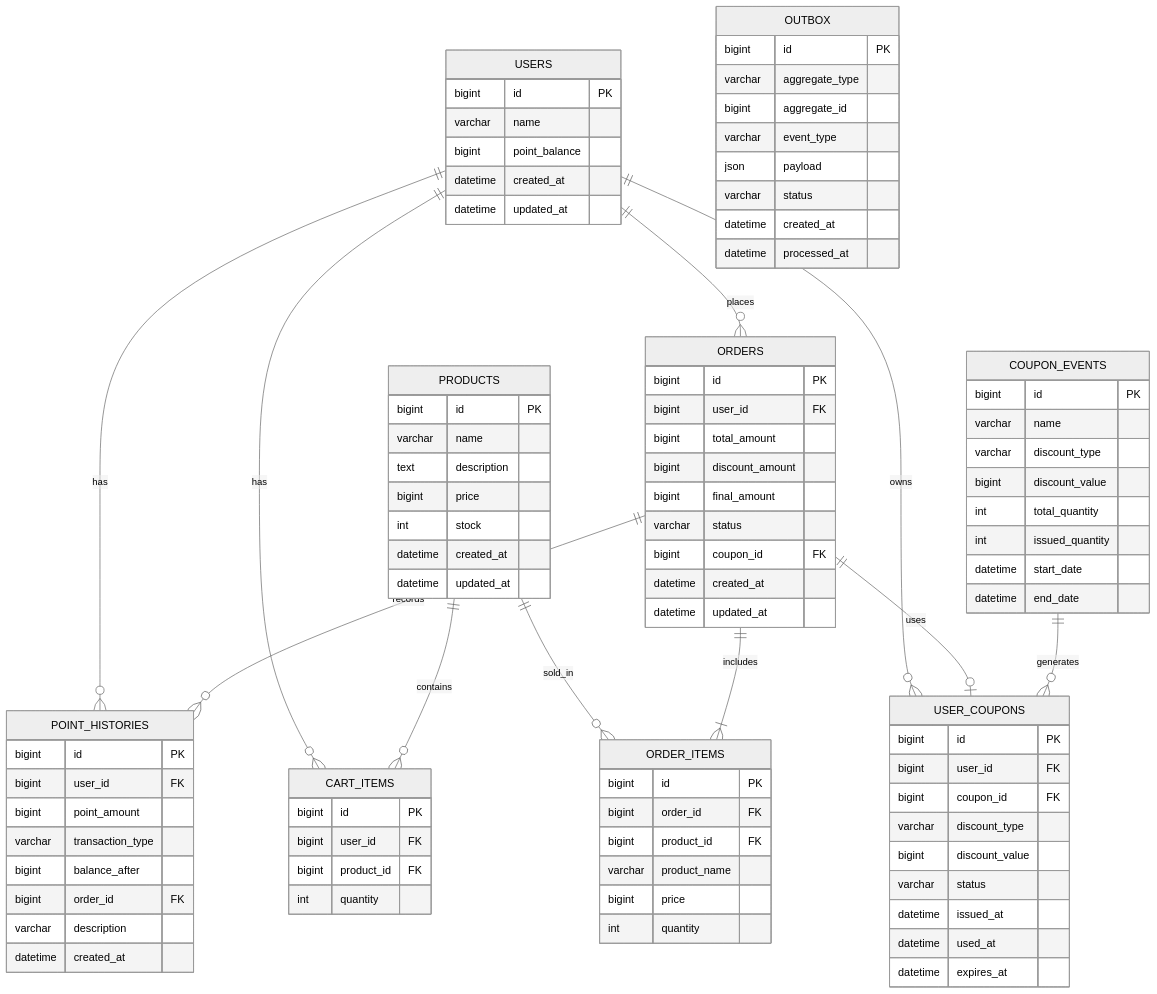
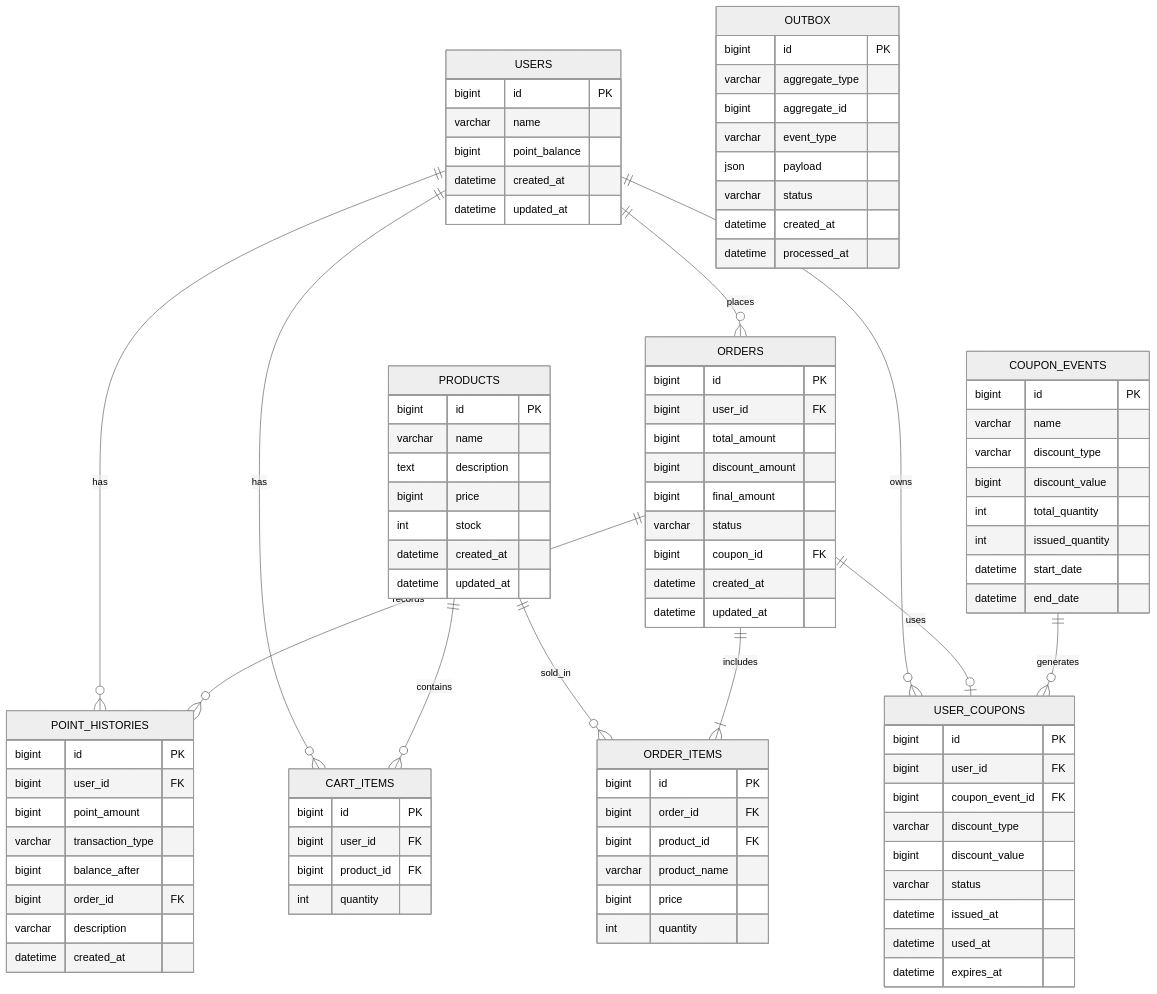
Before and after one commit to jaedeokhan/start-study: the diagram in ecommerce/docs/api/data-model.md, drawn with Mermaid (neutral theme).

Commit message:
docs: mermaid ERD user_coupons 오탈자 수정(coupon_id -> coupon_event_id)

```diff
--- a/ecommerce/docs/api/data-model.md
+++ b/ecommerce/docs/api/data-model.md
@@ -114,7 +114,7 @@
     USER_COUPONS {
         bigint id PK
         bigint user_id FK
-        bigint coupon_id FK
+        bigint coupon_event_id FK
         varchar discount_type
         bigint discount_value
         varchar status
```
